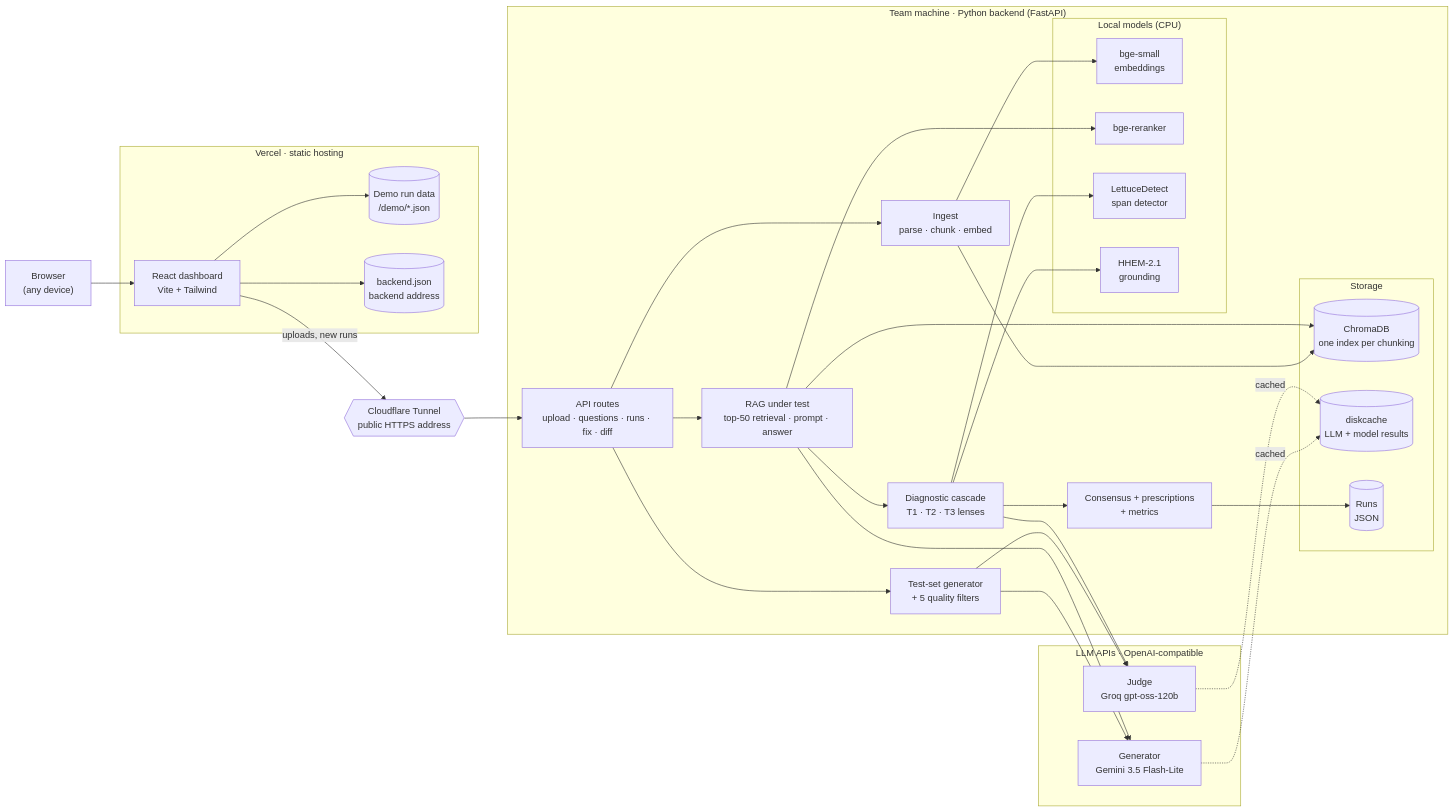
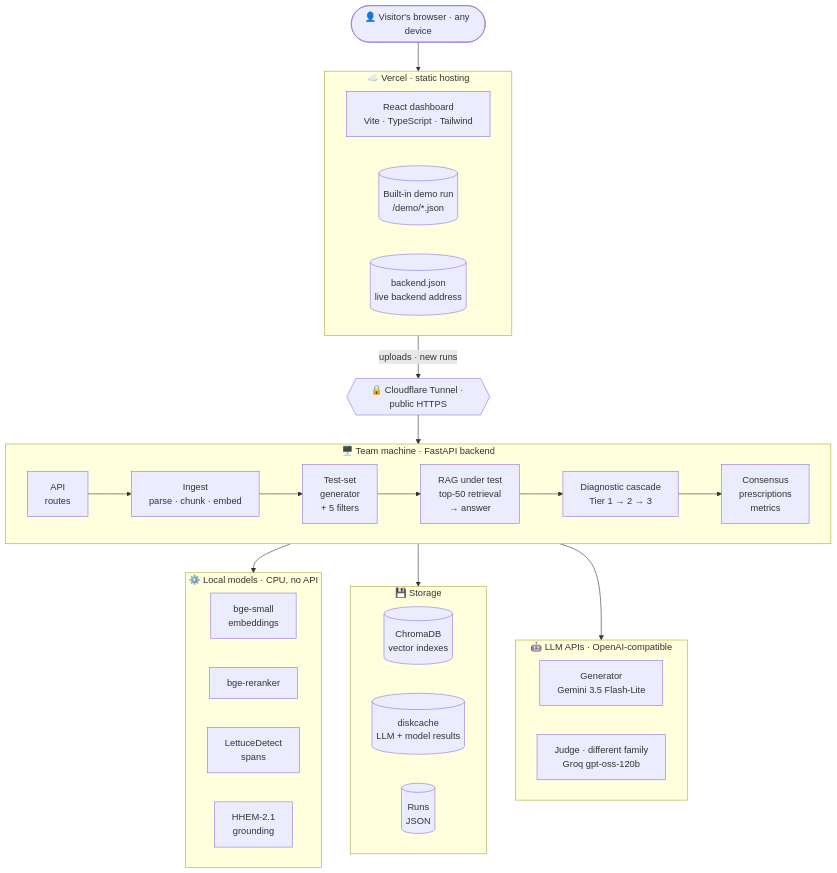
The first of 4 diagrams in README.md (GargeeTripathi/ARENA), drawn with Mermaid before and after one commit.

Commit message:
docs: clearer top-down architecture diagram

````diff
--- a/README.md
+++ b/README.md
@@ -118,56 +118,45 @@
 ```mermaid
-flowchart LR
-    U["Browser<br/>(any device)"]
+flowchart TB
+    U(["👤 Visitor's browser · any device"])
 
-    subgraph V["Vercel · static hosting"]
-        UI["React dashboard<br/>Vite + Tailwind"]
-        DEMO[("Demo run data<br/>/demo/*.json")]
-        CFG[("backend.json<br/>backend address")]
+    subgraph V["☁️ Vercel · static hosting"]
+        direction LR
+        UI["React dashboard<br/>Vite · TypeScript · Tailwind"]
+        DEMO[("Built-in demo run<br/>/demo/*.json")]
+        CFG[("backend.json<br/>live backend address")]
     end
 
-    T{{"Cloudflare Tunnel<br/>public HTTPS address"}}
+    T{{"🔒 Cloudflare Tunnel · public HTTPS"}}
 
-    subgraph B["Team machine · Python backend (FastAPI)"]
-        API["API routes<br/>upload · questions · runs · fix · diff"]
-        ING["Ingest<br/>parse · chunk · embed"]
-        GEN["Test-set generator<br/>+ 5 quality filters"]
-        RAG["RAG under test<br/>top-50 retrieval · prompt · answer"]
-        CAS["Diagnostic cascade<br/>T1 · T2 · T3 lenses"]
-        CON["Consensus + prescriptions<br/>+ metrics"]
-        subgraph LM["Local models (CPU)"]
-            EMB["bge-small<br/>embeddings"]
-            RR["bge-reranker"]
-            LD["LettuceDetect<br/>span detector"]
-            HH["HHEM-2.1<br/>grounding"]
-        end
-        subgraph ST["Storage"]
-            CH[("ChromaDB<br/>one index per chunking")]
-            DC[("diskcache<br/>LLM + model results")]
-            RJ[("Runs<br/>JSON")]
-        end
+    subgraph B["🖥️ Team machine · FastAPI backend"]
+        direction LR
+        API["API<br/>routes"] --> ING["Ingest<br/>parse · chunk · embed"] --> GEN["Test-set<br/>generator<br/>+ 5 filters"] --> RAG["RAG under test<br/>top-50 retrieval<br/>→ answer"] --> CAS["Diagnostic cascade<br/>Tier 1 → 2 → 3"] --> CON["Consensus<br/>prescriptions<br/>metrics"]
     end
 
-    subgraph L["LLM APIs · OpenAI-compatible"]
-        G["Generator<br/>Gemini 3.5 Flash-Lite"]
-        J["Judge<br/>Groq gpt-oss-120b"]
+    subgraph M["⚙️ Local models · CPU, no API"]
+        direction LR
+        EMB["bge-small<br/>embeddings"]
+        RR["bge-reranker"]
+        LD["LettuceDetect<br/>spans"]
+        HH["HHEM-2.1<br/>grounding"]
     end
 
-    U --> UI
-    UI --> DEMO
-    UI --> CFG
-    UI -- "uploads, new runs" --> T --> API
-    API --> ING --> CH
-    ING --> EMB
-    API --> GEN --> G
-    GEN --> J
-    API --> RAG --> CH
-    RAG --> RR
-    RAG --> G
-    RAG --> CAS
-    CAS --> LD
-    CAS --> HH
-    CAS --> J
-    CAS --> CON --> RJ
-    G -. cached .-> DC
-    J -. cached .-> DC
+    subgraph S["💾 Storage"]
+        direction LR
+        CH[("ChromaDB<br/>vector indexes")]
+        DC[("diskcache<br/>LLM + model results")]
+        RJ[("Runs<br/>JSON")]
+    end
+
+    subgraph L["🤖 LLM APIs · OpenAI-compatible"]
+        direction LR
+        G["Generator<br/>Gemini 3.5 Flash-Lite"]
+        J["Judge · different family<br/>Groq gpt-oss-120b"]
+    end
+
+    U --> V
+    UI -- "uploads · new runs" --> T --> API
+    B --> M
+    B --> S
+    B --> L
 ```
````
